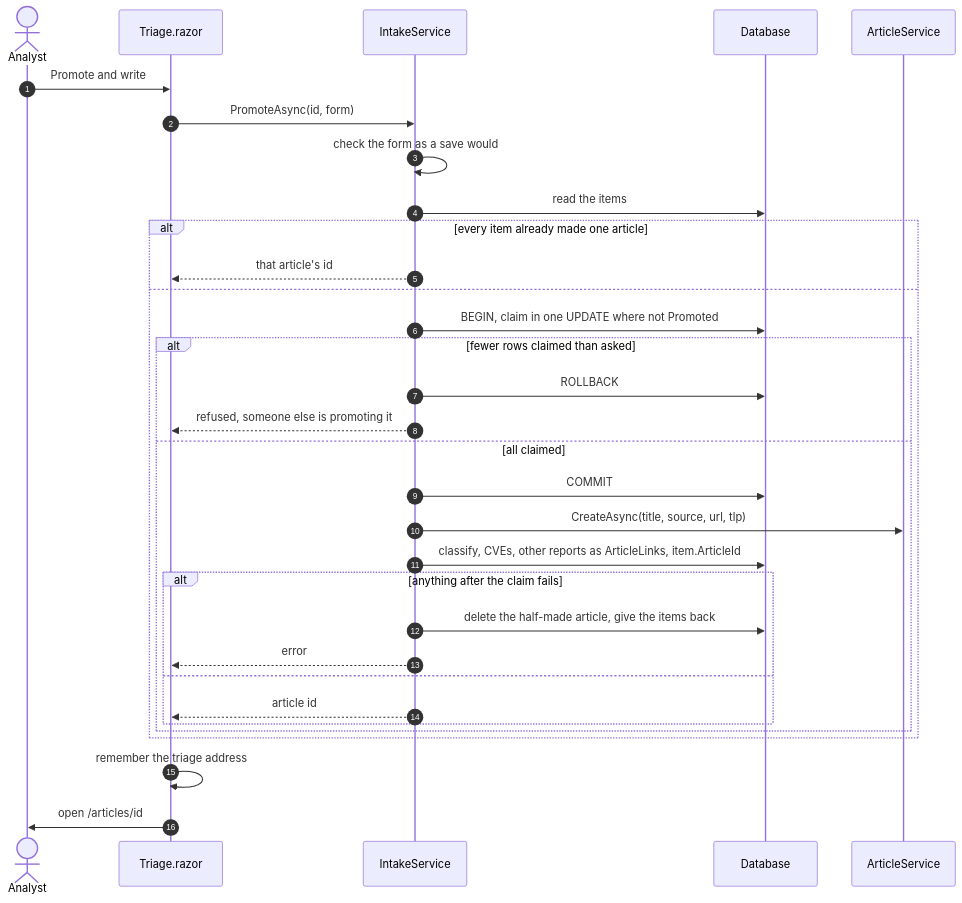
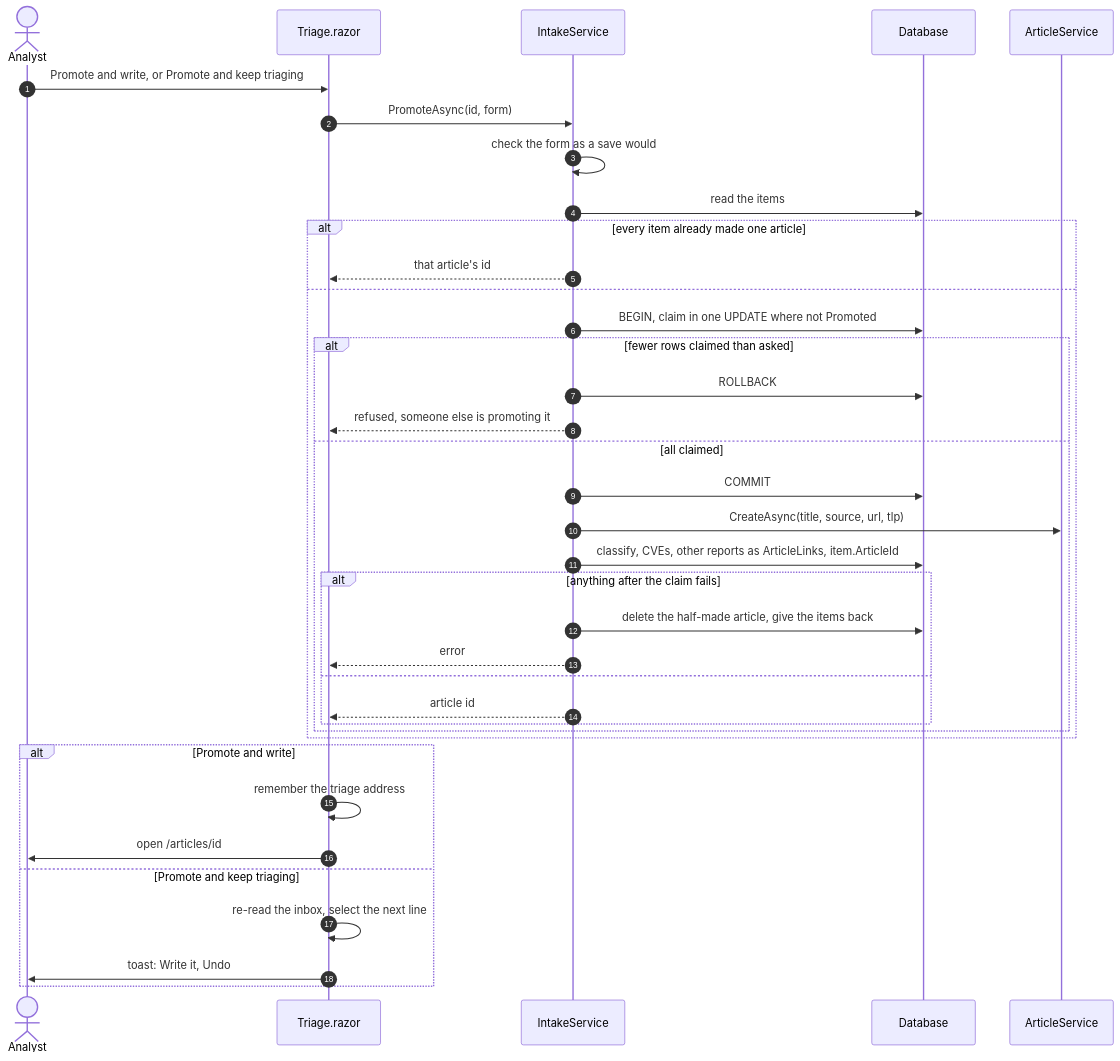
One commit to jashley92/Tide changed the fourth of 5 diagrams in docs/workflows/intake-and-triage.md. Above: the diagram before and after it, drawn with Mermaid. The commit also changed other lines of this file and 21 other files, not shown here.

First line of the commit message:
Promote a report and keep triaging, optionally straight onto today's brief

````diff
--- a/docs/workflows/intake-and-triage.md
+++ b/docs/workflows/intake-and-triage.md
@@ -451,34 +484,39 @@
 ```mermaid
 sequenceDiagram
     autonumber
     actor A as Analyst
     participant T as Triage.razor
     participant I as IntakeService
     participant Db as Database
     participant Ar as ArticleService
-    A->>T: Promote and write
+    A->>T: Promote and write, or Promote and keep triaging
     T->>I: PromoteAsync(id, form)
     I->>I: check the form as a save would
     I->>Db: read the items
     alt every item already made one article
         I-->>T: that article's id
     else
         I->>Db: BEGIN, claim in one UPDATE where not Promoted
         alt fewer rows claimed than asked
             I->>Db: ROLLBACK
             I-->>T: refused, someone else is promoting it
         else all claimed
             I->>Db: COMMIT
             I->>Ar: CreateAsync(title, source, url, tlp)
             I->>Db: classify, CVEs, other reports as ArticleLinks, item.ArticleId
             alt anything after the claim fails
                 I->>Db: delete the half-made article, give the items back
                 I-->>T: error
             else
                 I-->>T: article id
             end
         end
     end
-    T->>T: remember the triage address
-    T->>A: open /articles/id
+    alt Promote and write
+        T->>T: remember the triage address
+        T->>A: open /articles/id
+    else Promote and keep triaging
+        T->>T: re-read the inbox, select the next line
+        T->>A: toast: Write it, Undo
+    end
 ```
````
